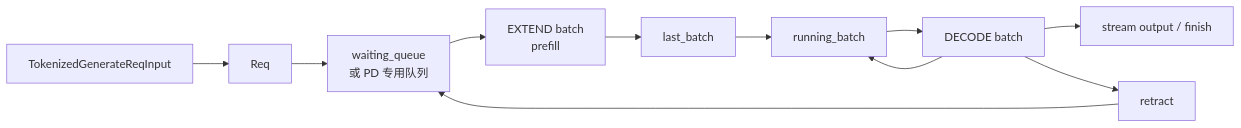
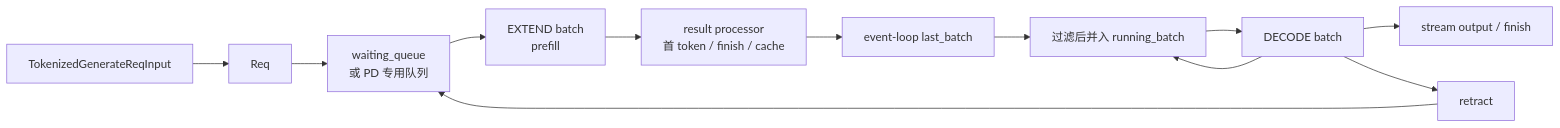
The diagram in sglang_reading/请求调度/Scheduler/SGLang-Scheduler-学习检查.md (OnlyHero5/sglang-reading-vault), drawn with Mermaid before and after one commit. The commit also changed other lines of this file and 512 other files, not shown here.

````diff
--- a/sglang_reading/请求调度/Scheduler/SGLang-Scheduler-学习检查.md
+++ b/sglang_reading/请求调度/Scheduler/SGLang-Scheduler-学习检查.md
@@ -31,13 +32,14 @@
 ```mermaid
 flowchart LR
     Tokenized["TokenizedGenerateReqInput"] --> Req["Req"]
     Req --> Queue["waiting_queue<br/>或 PD 专用队列"]
     Queue --> Extend["EXTEND batch<br/>prefill"]
-    Extend --> Last["last_batch"]
-    Last --> Running["running_batch"]
+    Extend --> Commit["result processor<br/>首 token / finish / cache"]
+    Commit --> Last["event-loop last_batch"]
+    Last --> Running["过滤后并入 running_batch"]
     Running --> Decode["DECODE batch"]
     Decode --> Running
     Decode --> Done["stream output / finish"]
     Decode --> Retract["retract"]
     Retract --> Queue
 ```
````
